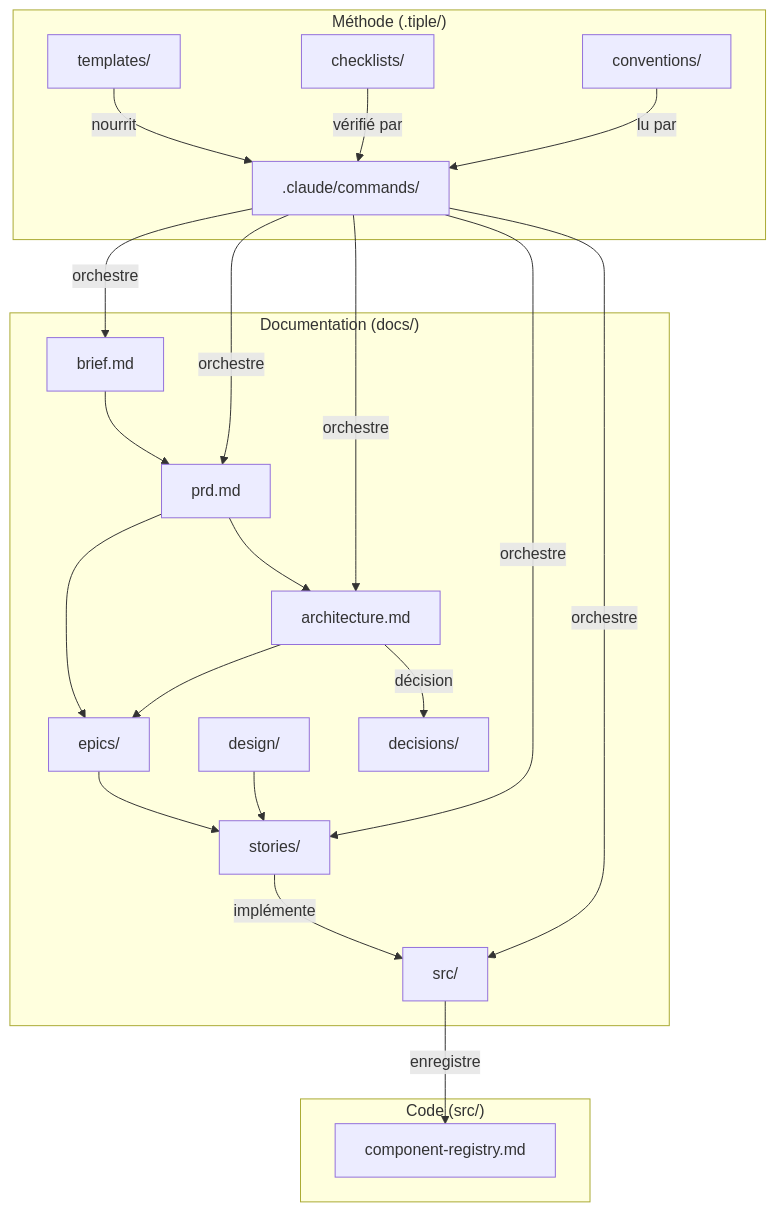
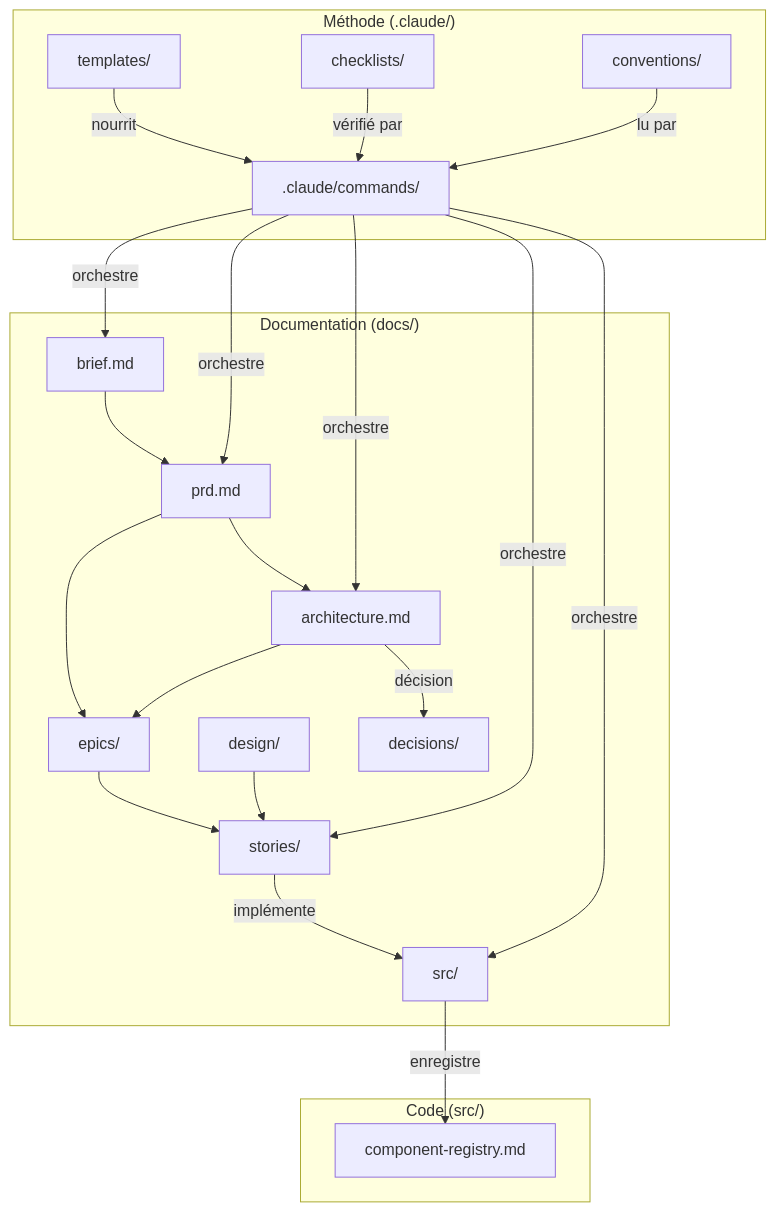
Before and after one commit to jean-baptiste-tiple/mcp-template: the diagram in files/tiple-method-architecture.md, drawn with Mermaid. The commit also changed other lines of this file and 112 other files, not shown here.

Commit message:
docs: règle « trace de l'arbitrage » (surfaces justifiées + option écartée), Fable pilote/Opus écrit, .tiple fusionné dans .claude

````diff
--- a/files/tiple-method-architecture.md
+++ b/files/tiple-method-architecture.md
@@ -15,29 +15,29 @@
 ```mermaid
 graph TB
-    subgraph "Méthode (.tiple/)"
+    subgraph "Méthode (.claude/)"
         T[templates/] --> |"nourrit"| CMD[.claude/commands/]
         CK[checklists/] --> |"vérifié par"| CMD
         CV[conventions/] --> |"lu par"| CMD
     end
 
     subgraph "Documentation (docs/)"
         B[brief.md] --> PRD[prd.md]
         PRD --> ARCH[architecture.md]
         PRD --> EP[epics/]
         ARCH --> EP
         EP --> ST[stories/]
         DS[design/] --> ST
         ST --> |"implémente"| SRC[src/]
         ARCH --> |"décision"| ADR[decisions/]
     end
 
     subgraph "Code (src/)"
         SRC --> |"enregistre"| REG[component-registry.md]
     end
 
     CMD --> |"orchestre"| B
     CMD --> |"orchestre"| PRD
     CMD --> |"orchestre"| ARCH
     CMD --> |"orchestre"| ST
     CMD --> |"orchestre"| SRC
 ```
````
